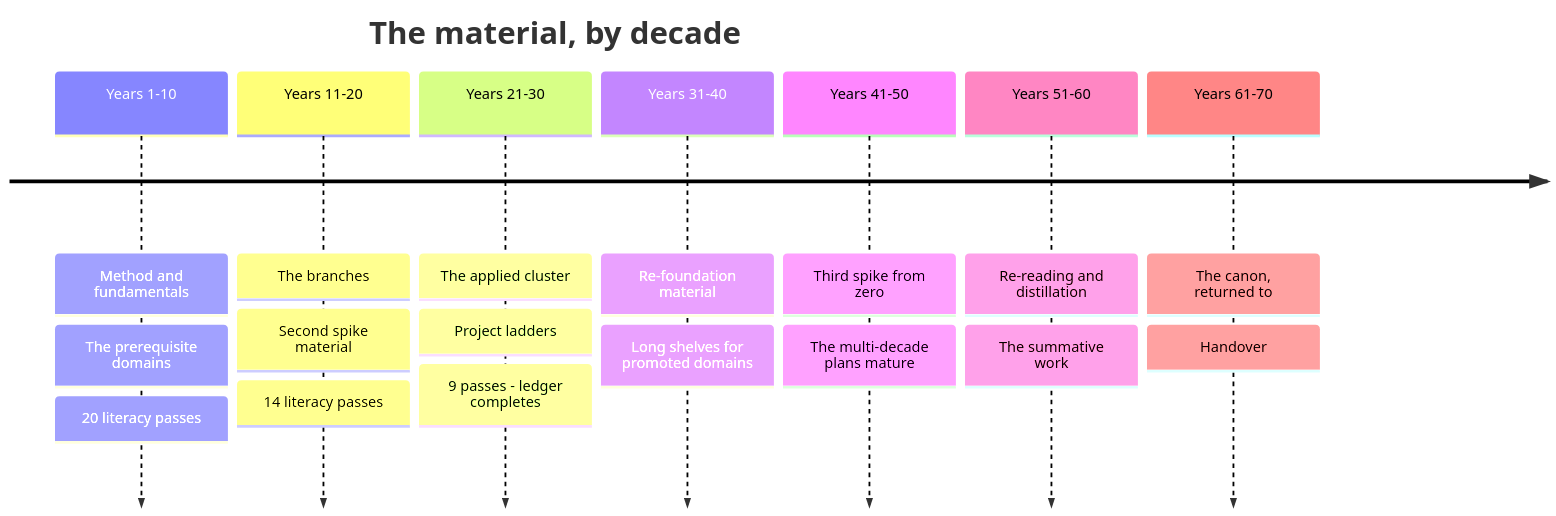
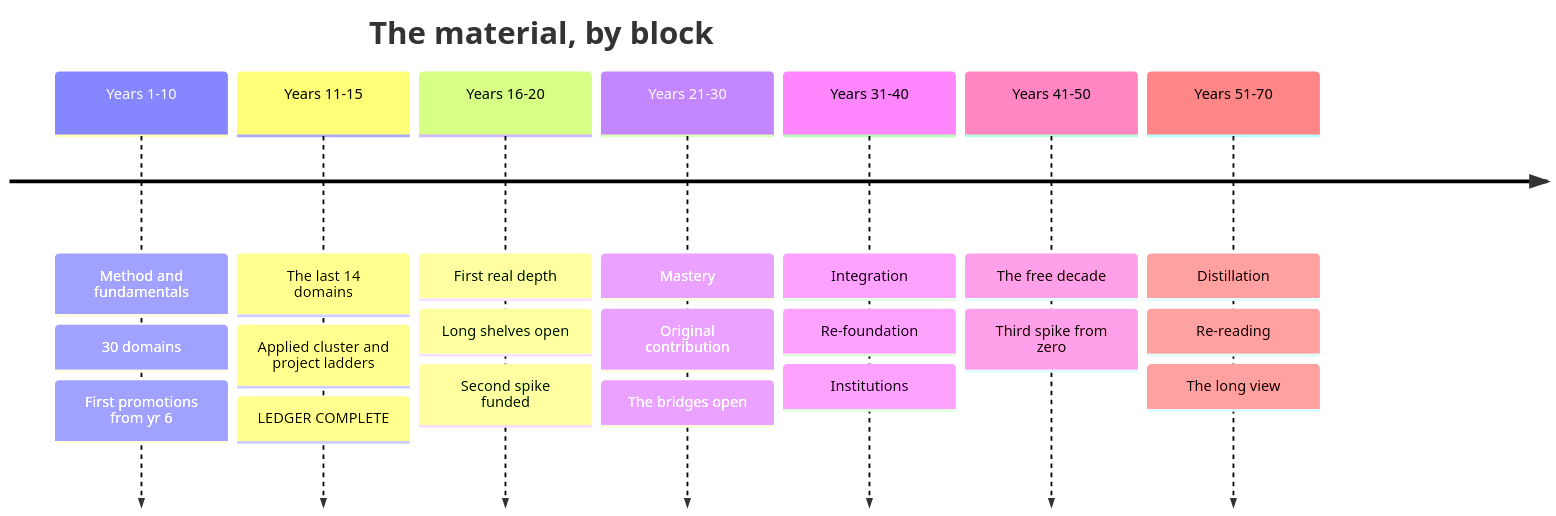
The diagram in TIMELINE.md (xuvictor04/Learning-Agenda), drawn with Mermaid before and after one commit. The commit also changed other lines of this file and 1 other file, not shown here.

First line of the commit message:
Rebuild the material queue for three-domain years

````diff
--- a/TIMELINE.md
+++ b/TIMELINE.md
@@ -72,11 +65,11 @@
 ```mermaid
 timeline
-    title The material, by decade
-    Years 1-10 : Method and fundamentals : The prerequisite domains : 20 literacy passes
-    Years 11-20 : The branches : Second spike material : 14 literacy passes
-    Years 21-30 : The applied cluster : Project ladders : 9 passes - ledger completes
-    Years 31-40 : Re-foundation material : Long shelves for promoted domains
-    Years 41-50 : Third spike from zero : The multi-decade plans mature
-    Years 51-60 : Re-reading and distillation : The summative work
-    Years 61-70 : The canon, returned to : Handover
+    title The material, by block
+    Years 1-10 : Method and fundamentals : 30 domains : First promotions from yr 6
+    Years 11-15 : The last 14 domains : Applied cluster and project ladders : LEDGER COMPLETE
+    Years 16-20 : First real depth : Long shelves open : Second spike funded
+    Years 21-30 : Mastery : Original contribution : The bridges open
+    Years 31-40 : Integration : Re-foundation : Institutions
+    Years 41-50 : The free decade : Third spike from zero
+    Years 51-70 : Distillation : Re-reading : The long view
 ```
````
